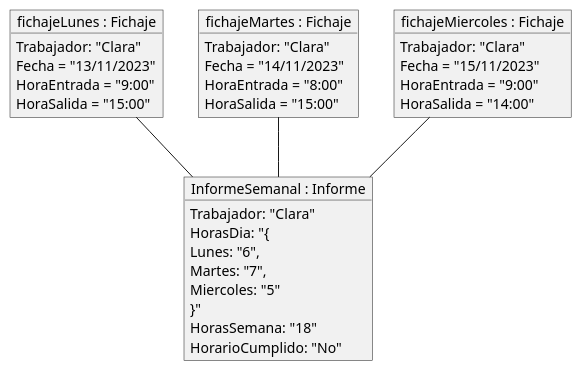
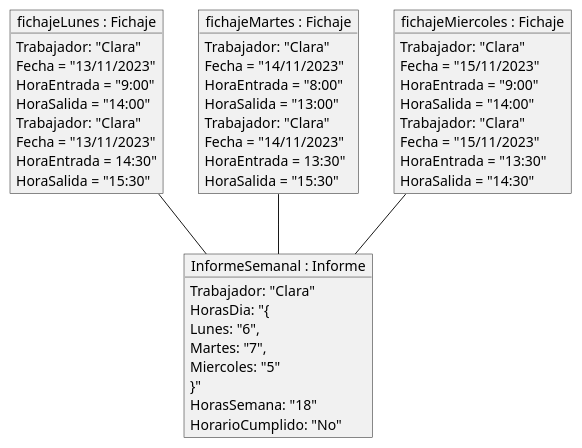
The diagram in modelosUML/diagramasObjetos/diagramaObjetos002.puml (mmasias/23-24-IdSw1-SDR), drawn with PlantUML before and after one commit.

Commit message:
Update diagramaObjetos002.puml
mejora del sistema del informe en el diagrama de objetos

```diff
--- a/modelosUML/diagramasObjetos/diagramaObjetos002.puml
+++ b/modelosUML/diagramasObjetos/diagramaObjetos002.puml
@@ -1,37 +1,55 @@
 @startuml
 
 object "fichajeLunes : Fichaje" as FichajeLunes {
     Trabajador: "Clara"
     Fecha = "13/11/2023"
     HoraEntrada = "9:00"
-    HoraSalida = "15:00"
+    HoraSalida = "14:00"
+}
+object "fichajeLunes : Fichaje" as FichajeLunes {
+    Trabajador: "Clara"
+    Fecha = "13/11/2023"
+    HoraEntrada = 14:30"
+    HoraSalida = "15:30"
 }
 object "fichajeMartes : Fichaje" as FichajeMartes {
     Trabajador: "Clara"
     Fecha = "14/11/2023"
     HoraEntrada = "8:00"
-    HoraSalida = "15:00"
+    HoraSalida = "13:00"
+}
+object "fichajeMartes : Fichaje" as FichajeMartes {
+    Trabajador: "Clara"
+    Fecha = "14/11/2023"
+    HoraEntrada = 13:30"
+    HoraSalida = "15:30"
 }
 object "fichajeMiercoles : Fichaje" as FichajeMiercoles {
     Trabajador: "Clara"
     Fecha = "15/11/2023"
     HoraEntrada = "9:00"
     HoraSalida = "14:00"
+}
+object "fichajeMiercoles : Fichaje" as FichajeMiercoles {
+    Trabajador: "Clara"
+    Fecha = "15/11/2023"
+    HoraEntrada = "13:30"
+    HoraSalida = "14:30"
 }
 object "InformeSemanal : Informe" as InformeSemanal {
     Trabajador: "Clara"
     HorasDia: "{
         Lunes: "6",
         Martes: "7",
         Miercoles: "5"
     }"
     HorasSemana: "18"
     HorarioCumplido: "No"
 
 }
 
 FichajeLunes -- InformeSemanal
 FichajeMartes -- InformeSemanal
 FichajeMiercoles -- InformeSemanal
 
 @enduml
```
